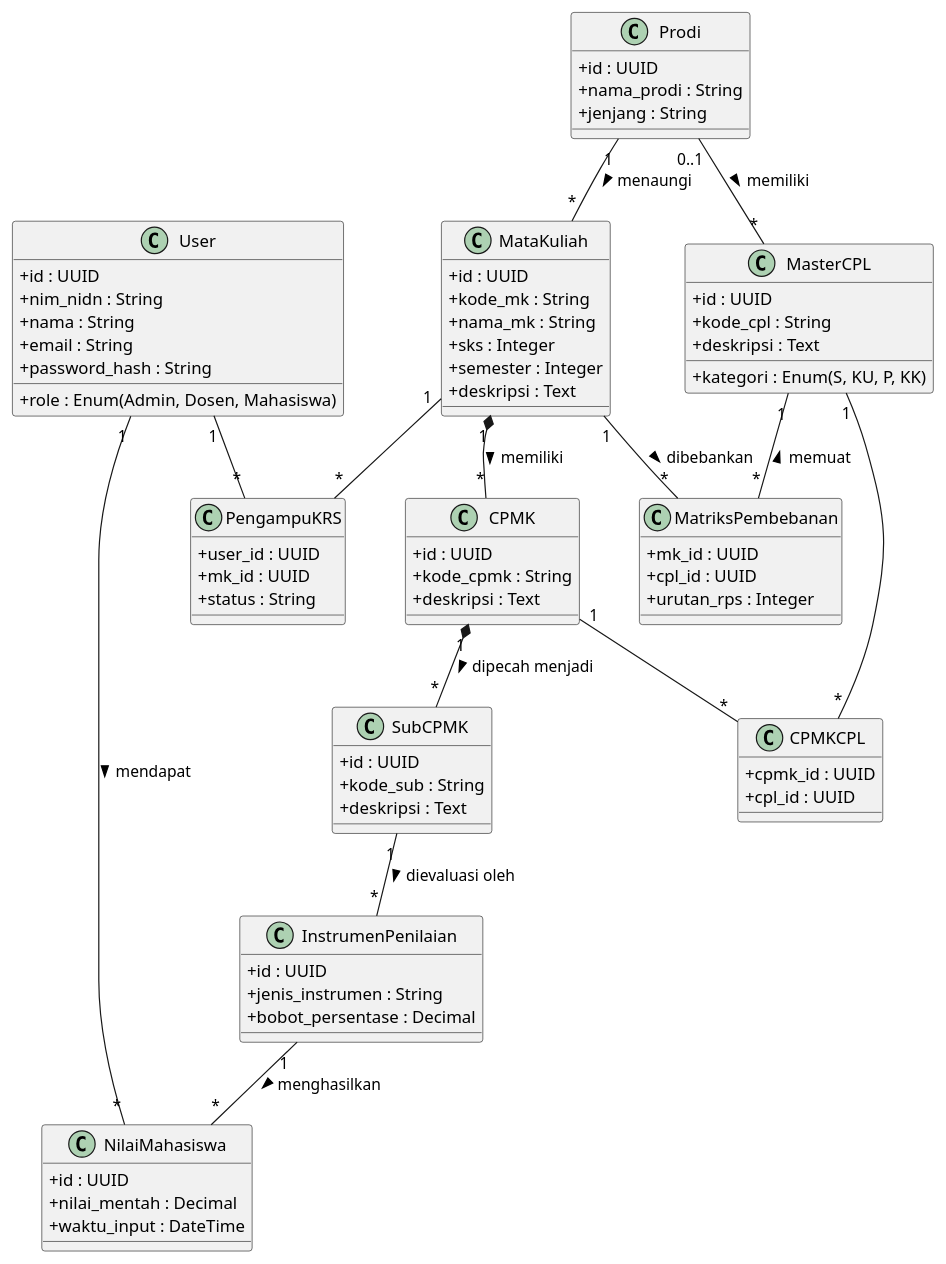
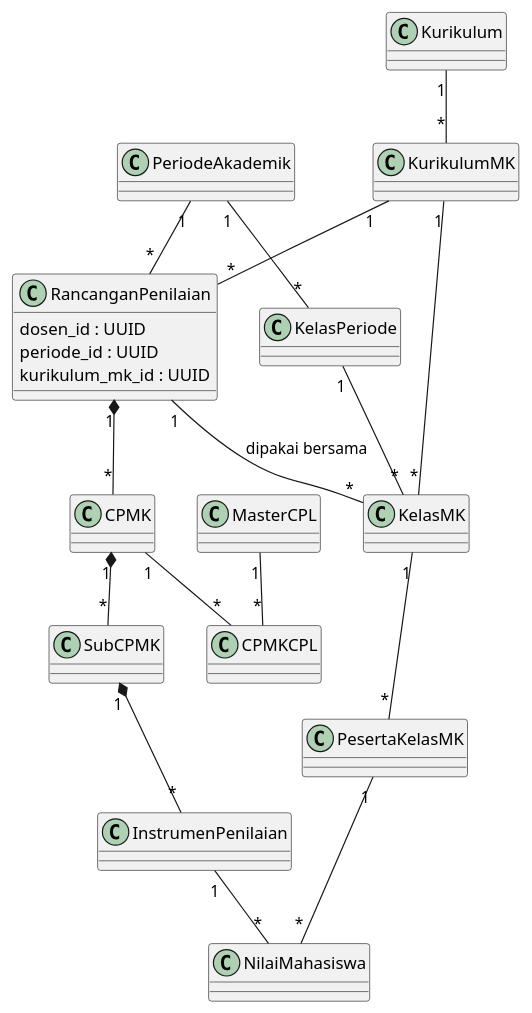
One commit to fyou00/pnl-obe changed the second of 5 diagrams in SCHEMA.md. Above: the diagram before and after it, drawn with PlantUML. The commit also changed other lines of this file and 45 other files, not shown here.

Commit message:
feat: bootstrap FastAPI backend with academic schema and JWT RBAC

````diff
--- a/SCHEMA.md
+++ b/SCHEMA.md
@@ -244,96 +298,36 @@
 ```plantuml
 @startuml
-skinparam classAttributeIconSize 0
-skinparam nodesep 50
-skinparam ranksep 50
-
-class User {
-  + id : UUID
-  + nim_nidn : String
-  + nama : String
-  + email : String
-  + role : Enum(Admin, Dosen, Mahasiswa)
-  + password_hash : String
+class Kurikulum
+class KurikulumMK
+class PeriodeAkademik
+class KelasPeriode
+class RancanganPenilaian {
+ dosen_id : UUID
+ periode_id : UUID
+ kurikulum_mk_id : UUID
 }
-
-class Prodi {
-  + id : UUID
-  + nama_prodi : String
-  + jenjang : String
-}
-
-class MasterCPL {
-  + id : UUID
-  + kode_cpl : String
-  + kategori : Enum(S, KU, P, KK)
-  + deskripsi : Text
-}
-
-class MataKuliah {
-  + id : UUID
-  + kode_mk : String
-  + nama_mk : String
-  + sks : Integer
-  + semester : Integer
-  + deskripsi : Text
-}
-
-class MatriksPembebanan {
-  + mk_id : UUID
-  + cpl_id : UUID
-  + urutan_rps : Integer
-}
-
-class CPMK {
-  + id : UUID
-  + kode_cpmk : String
-  + deskripsi : Text
-}
-
-class SubCPMK {
-  + id : UUID
-  + kode_sub : String
-  + deskripsi : Text
-}
-
-class InstrumenPenilaian {
-  + id : UUID
-  + jenis_instrumen : String
-  + bobot_persentase : Decimal
-}
-
-class NilaiMahasiswa {
-  + id : UUID
-  + nilai_mentah : Decimal
-  + waktu_input : DateTime
-}
-
-' Relasi
-Prodi "0..1" -- "*" MasterCPL : memiliki >
-Prodi "1" -- "*" MataKuliah : menaungi >
-
-MataKuliah "1" -- "*" MatriksPembebanan : dibebankan >
-MasterCPL "1" -- "*" MatriksPembebanan : memuat <
-
-MataKuliah "1" *-- "*" CPMK : memiliki >
-CPMK "1" *-- "*" SubCPMK : dipecah menjadi >
-
-SubCPMK "1" -- "*" InstrumenPenilaian : dievaluasi oleh >
-InstrumenPenilaian "1" -- "*" NilaiMahasiswa : menghasilkan >
-User "1" -- "*" NilaiMahasiswa : mendapat >
-
-class PengampuKRS {
-  + user_id : UUID
-  + mk_id : UUID
-  + status : String
-}
-class CPMKCPL {
-  + cpmk_id : UUID
-  + cpl_id : UUID
-}
-User "1" -- "*" PengampuKRS
-MataKuliah "1" -- "*" PengampuKRS
+class KelasMK
+class PesertaKelasMK
+class CPMK
+class CPMKCPL
+class MasterCPL
+class SubCPMK
+class InstrumenPenilaian
+class NilaiMahasiswa
+Kurikulum "1" -- "*" KurikulumMK
+PeriodeAkademik "1" -- "*" KelasPeriode
+PeriodeAkademik "1" -- "*" RancanganPenilaian
+KurikulumMK "1" -- "*" RancanganPenilaian
+KurikulumMK "1" -- "*" KelasMK
+KelasPeriode "1" -- "*" KelasMK
+RancanganPenilaian "1" -- "*" KelasMK : dipakai bersama
+KelasMK "1" -- "*" PesertaKelasMK
+RancanganPenilaian "1" *-- "*" CPMK
 CPMK "1" -- "*" CPMKCPL
 MasterCPL "1" -- "*" CPMKCPL
+CPMK "1" *-- "*" SubCPMK
+SubCPMK "1" *-- "*" InstrumenPenilaian
+InstrumenPenilaian "1" -- "*" NilaiMahasiswa
+PesertaKelasMK "1" -- "*" NilaiMahasiswa
 @enduml
 ```
````
